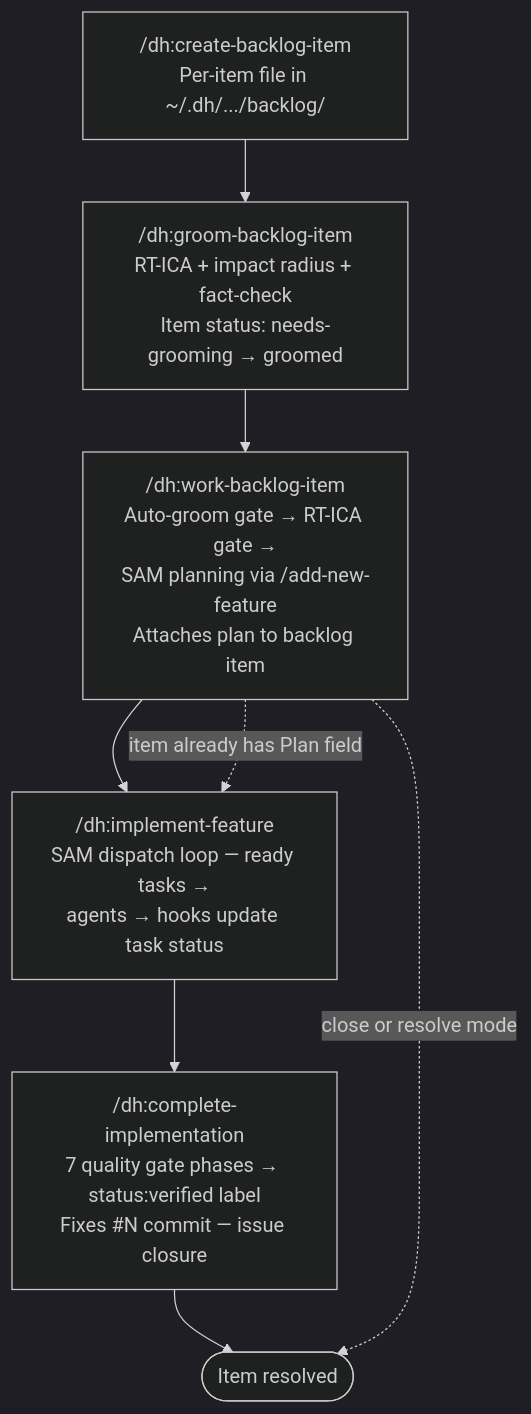
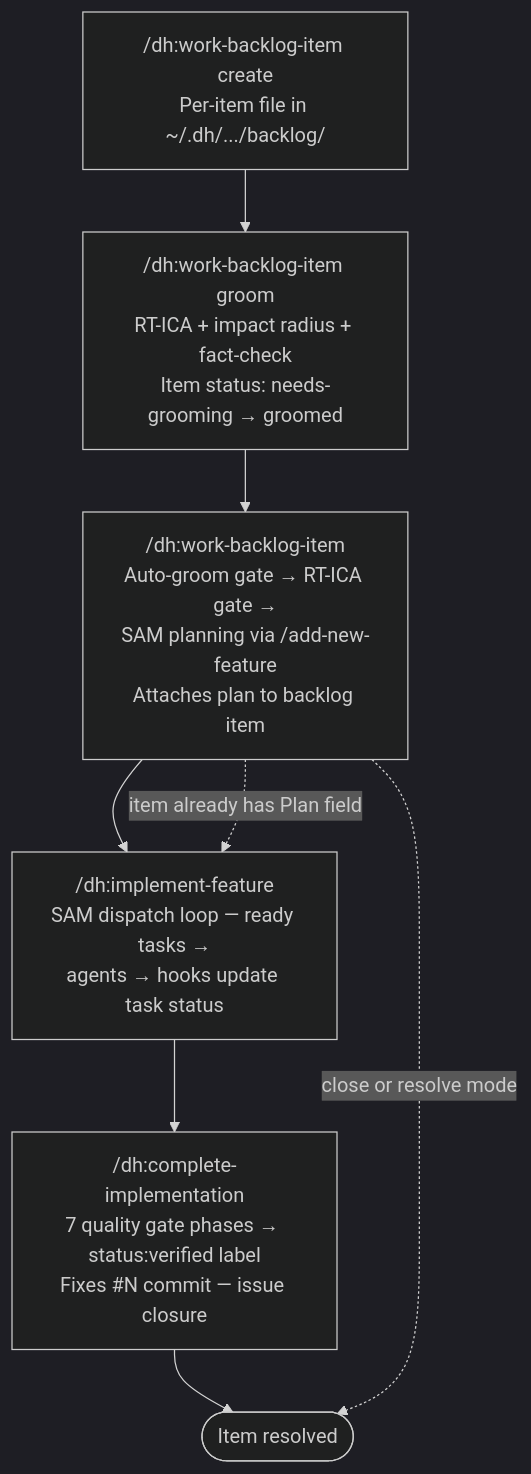
The second of 2 diagrams in plugins/development-harness/skills/development-harness/SKILL.md (Jamie-BitFlight/claude_skills), drawn with Mermaid (dark theme) before and after one commit. The commit also changed other lines of this file and 9 other files, not shown here.

````diff
--- a/plugins/development-harness/skills/development-harness/SKILL.md
+++ b/plugins/development-harness/skills/development-harness/SKILL.md
@@ -59,11 +59,11 @@
 ```mermaid
 flowchart TD
-    Capture["/dh:create-backlog-item<br>Per-item file in ~/.dh/.../backlog/"] --> Groom
-    Groom["/dh:groom-backlog-item<br>RT-ICA + impact radius + fact-check<br>Item status: needs-grooming → groomed"] --> Work
+    Capture["/dh:work-backlog-item create<br>Per-item file in ~/.dh/.../backlog/"] --> Groom
+    Groom["/dh:work-backlog-item groom<br>RT-ICA + impact radius + fact-check<br>Item status: needs-grooming → groomed"] --> Work
     Work["/dh:work-backlog-item<br>Auto-groom gate → RT-ICA gate →<br>SAM planning via /add-new-feature<br>Attaches plan to backlog item"] --> Execute
     Execute["/dh:implement-feature<br>SAM dispatch loop — ready tasks →<br>agents → hooks update task status"] --> QG
     QG["/dh:complete-implementation<br>7 quality gate phases → status:verified label<br>Fixes #N commit — issue closure"] --> Done(["Item resolved"])
 
     Work -.->|item already has Plan field| Execute
     Work -.->|close or resolve mode| Done
 ```
````
